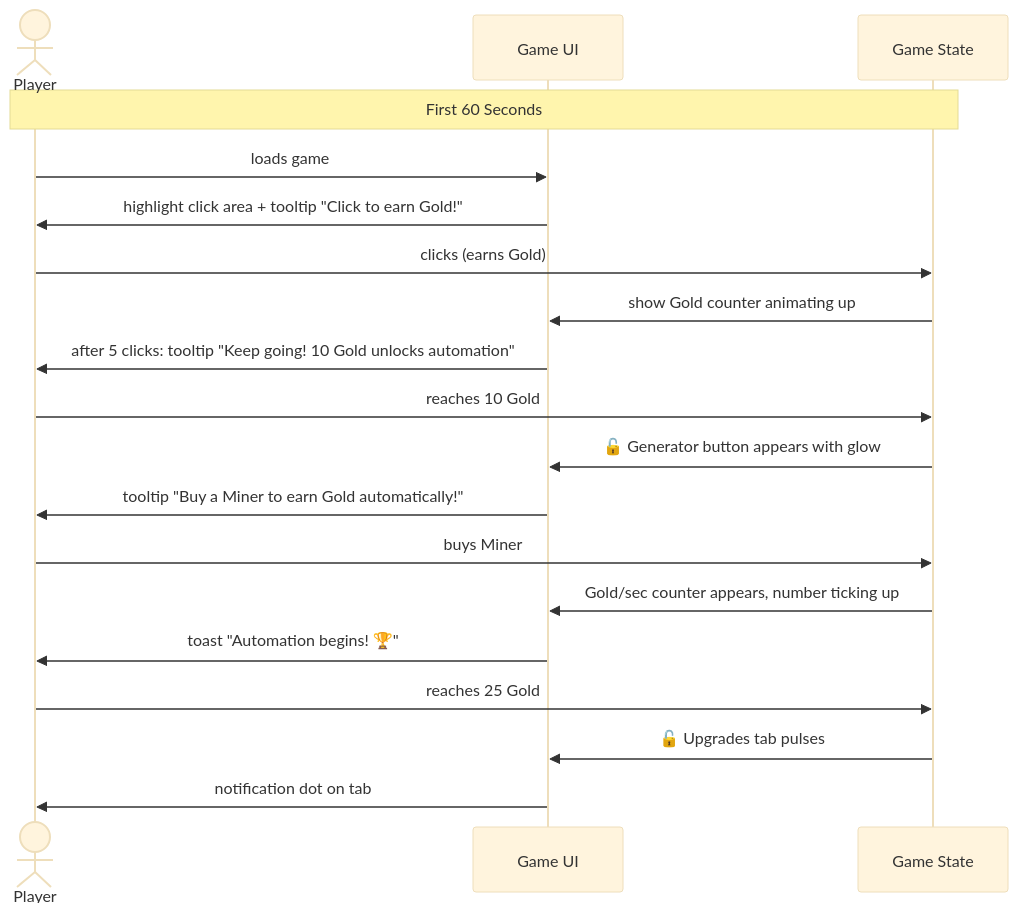
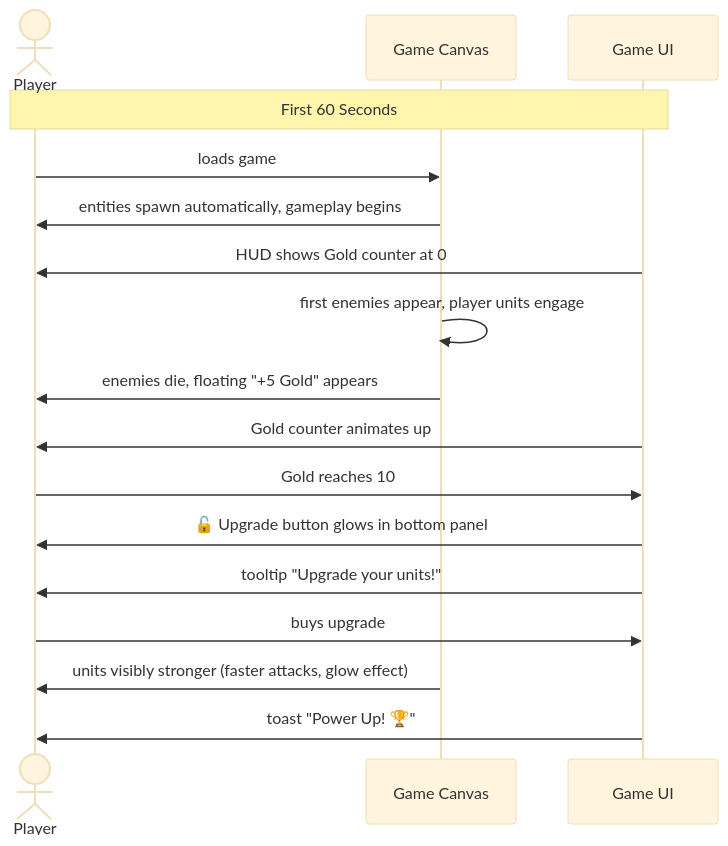
One commit to J-Gierend/gamePocGen changed the sixth of 6 diagrams in prompts/phase2-gdd/progression.md. Above: the diagram before and after it, drawn with Mermaid (base theme). The commit also changed other lines of this file and 9 other files, not shown here.

Commit message:
checkpoint before prompt rewrite: gameplay-first redesign

````diff
--- a/prompts/phase2-gdd/progression.md
+++ b/prompts/phase2-gdd/progression.md
@@ -157,25 +154,23 @@
 ```mermaid
 sequenceDiagram
     actor Player
+    participant Canvas as Game Canvas
     participant UI as Game UI
-    participant Game as Game State
 
-    Note over Player,Game: First 60 Seconds
+    Note over Player,UI: First 60 Seconds
 
-    Player->>UI: loads game
-    UI->>Player: highlight click area + tooltip "Click to earn Gold!"
-    Player->>Game: clicks (earns Gold)
-    Game->>UI: show Gold counter animating up
-    UI->>Player: after 5 clicks: tooltip "Keep going! 10 Gold unlocks automation"
+    Player->>Canvas: loads game
+    Canvas->>Player: entities spawn automatically, gameplay begins
+    UI->>Player: HUD shows Gold counter at 0
 
-    Player->>Game: reaches 10 Gold
-    Game->>UI: 🔓 Generator button appears with glow
-    UI->>Player: tooltip "Buy a Miner to earn Gold automatically!"
-    Player->>Game: buys Miner
-    Game->>UI: Gold/sec counter appears, number ticking up
-    UI->>Player: toast "Automation begins! 🏆"
+    Canvas->>Canvas: first enemies appear, player units engage
+    Canvas->>Player: enemies die, floating "+5 Gold" appears
+    UI->>Player: Gold counter animates up
 
-    Player->>Game: reaches 25 Gold
-    Game->>UI: 🔓 Upgrades tab pulses
-    UI->>Player: notification dot on tab
+    Player->>UI: Gold reaches 10
+    UI->>Player: 🔓 Upgrade button glows in bottom panel
+    UI->>Player: tooltip "Upgrade your units!"
+    Player->>UI: buys upgrade
+    Canvas->>Player: units visibly stronger (faster attacks, glow effect)
+    UI->>Player: toast "Power Up! 🏆"
 ```
````
